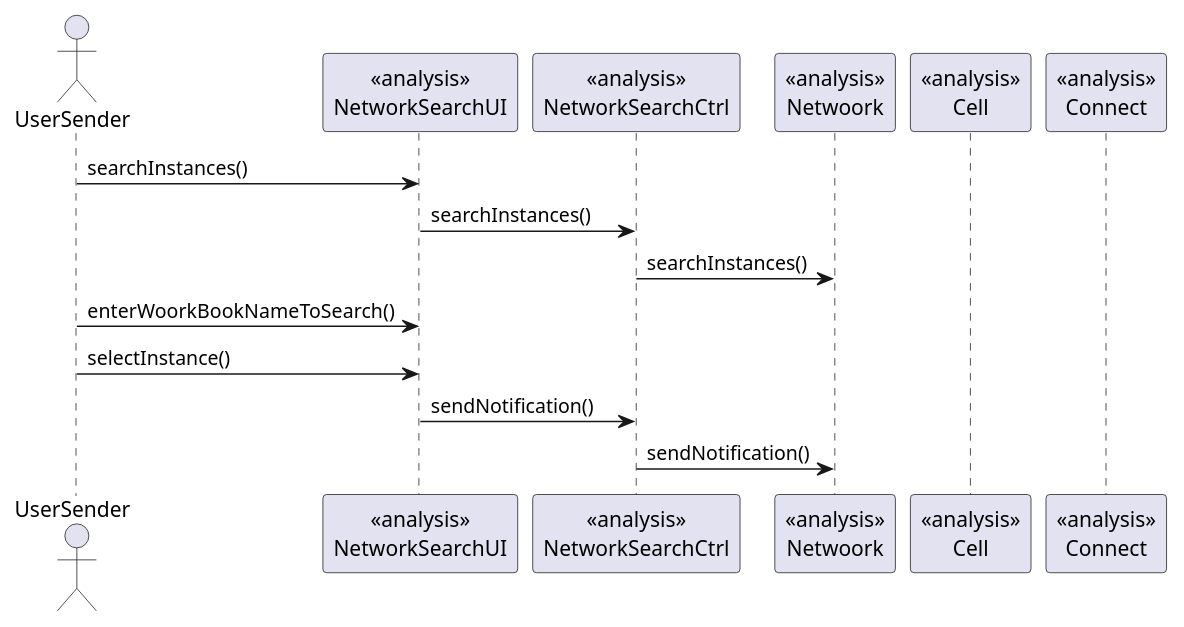
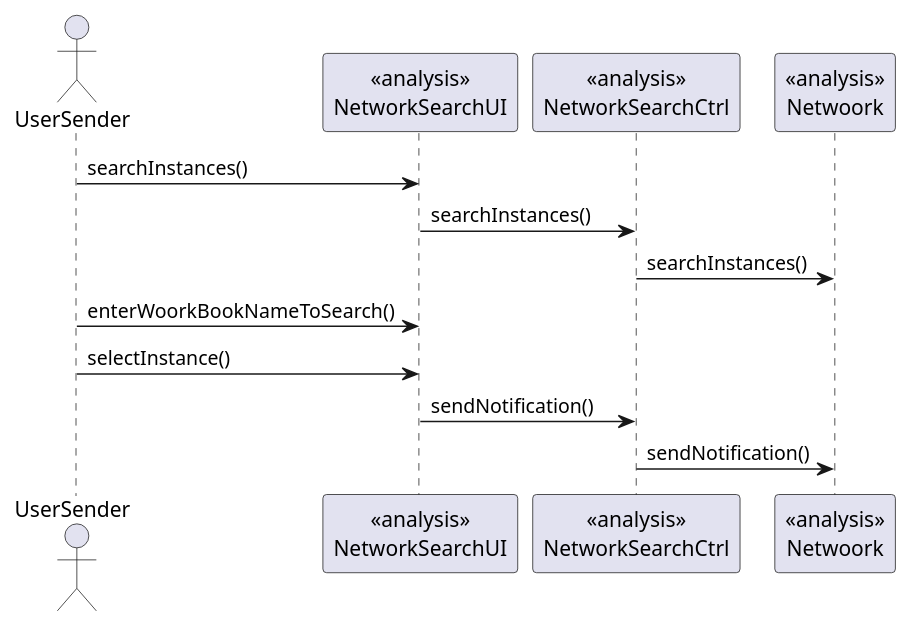
The diagram in src/csheets/userstories/ipc03_02/network_search/i130386/draft_network_search.puml (1130348/Confusao), drawn with PlantUML before and after one commit. The commit also changed 1 other file, not shown here.

```diff
--- a/src/csheets/userstories/ipc03_02/network_search/i130386/draft_network_search.puml
+++ b/src/csheets/userstories/ipc03_02/network_search/i130386/draft_network_search.puml
@@ -1,15 +1,13 @@
-@startuml doc-files/draft_search_on_another_instances_sender.png
+@startuml doc-files/draft_network_search.png
  actor UserSender as User
  participant "<<analysis>>\nNetworkSearchUI" as UI
  participant "<<analysis>>\nNetworkSearchCtrl" as ctrl
  participant "<<analysis>>\nNetwoork" as net
- participant "<<analysis>>\nCell" as cell
- participant "<<analysis>>\nConnect" as connect
 User -> UI : searchInstances()
 UI -> ctrl : searchInstances()
 ctrl -> net : searchInstances()
 User -> UI : enterWoorkBookNameToSearch()
 User -> UI : selectInstance()
 UI -> ctrl : sendNotification()
 ctrl -> net : sendNotification()
 @enduml
```
